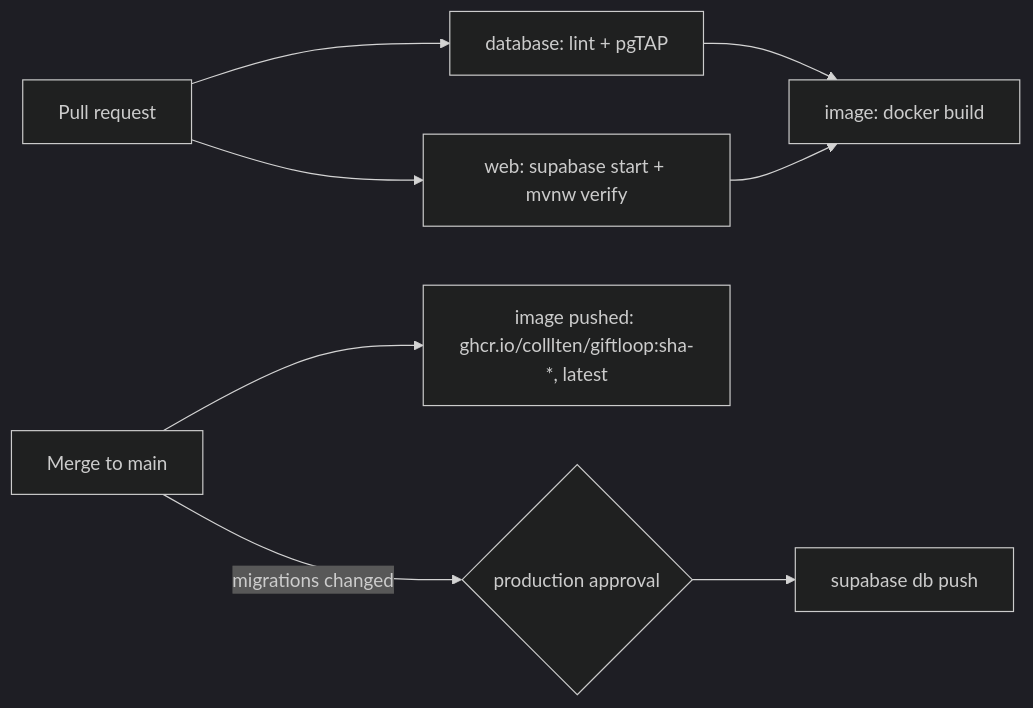
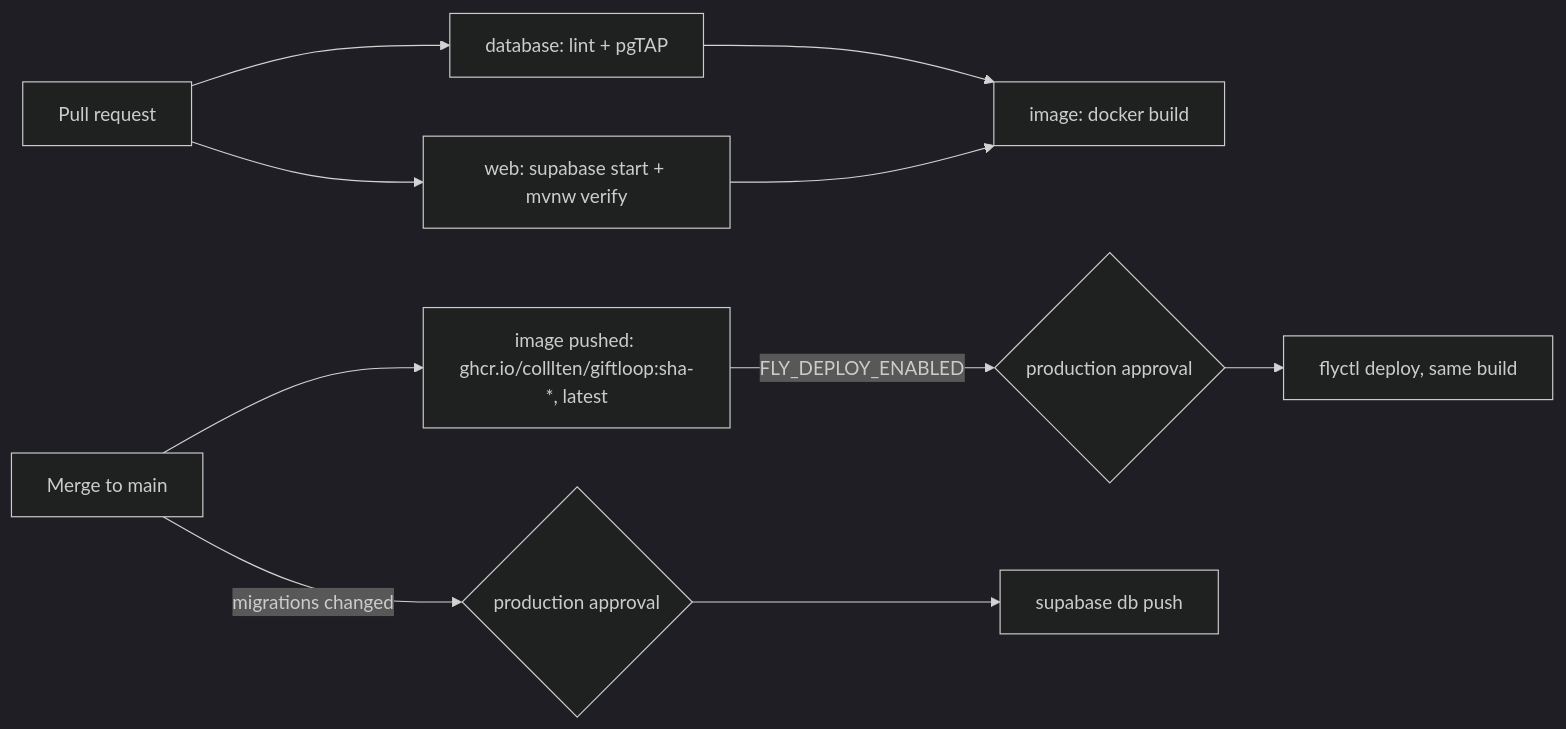
Before and after one commit to colllten/giftloop: the diagram in docs/CICD.md, drawn with Mermaid (dark theme). The commit also changed other lines of this file and 14 other files, not shown here.

````diff
--- a/docs/CICD.md
+++ b/docs/CICD.md
@@ -12,8 +12,9 @@
 ```mermaid
 flowchart LR
   PR[Pull request] --> DB[database: lint + pgTAP]
   PR --> WEB[web: supabase start + mvnw verify]
   DB & WEB --> IMG[image: docker build]
   M[Merge to main] --> IMG2[image pushed: ghcr.io/colllten/giftloop:sha-*, latest]
+  IMG2 -->|FLY_DEPLOY_ENABLED| APPROVE2{production approval} --> FLY[flyctl deploy, same build]
   M -->|migrations changed| APPROVE{production approval} --> PUSH[supabase db push]
 ```
````
